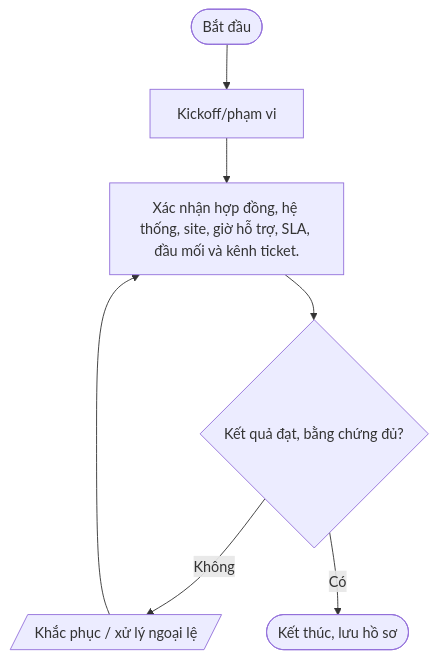
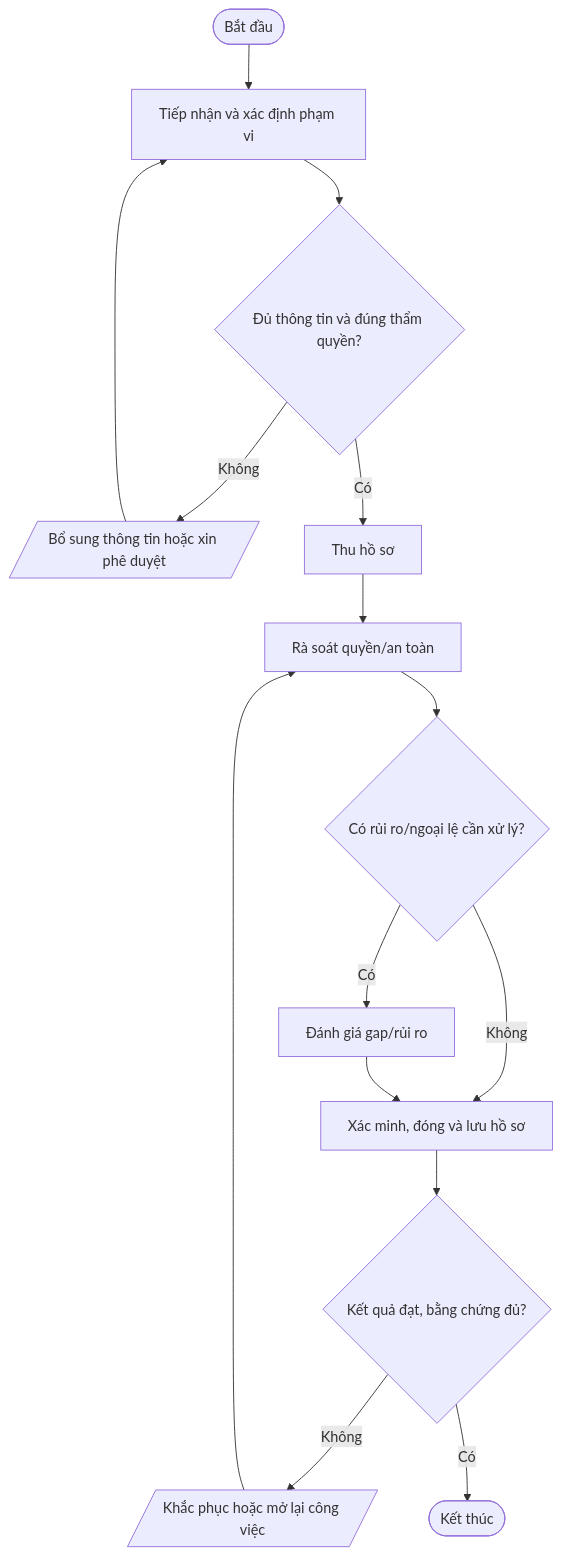
One commit to daoaigiangnam/Quy_Trinh_Chuan changed the fifth of 9 diagrams in quy-trinh/02-Van-hanh-IT/README.md. Above: the diagram before and after it, drawn with Mermaid. The commit also changed other lines of this file, not shown here.

Commit message:
docs: refine detailed procedure steps and Mermaid flowcharts

````diff
--- a/quy-trinh/02-Van-hanh-IT/README.md
+++ b/quy-trinh/02-Van-hanh-IT/README.md
@@ -332,11 +407,17 @@
 ```mermaid
 flowchart TD
-  A([Bắt đầu]) --> S1
-  S1["Kickoff/phạm vi"]
-  S2["Xác nhận hợp đồng, hệ thống, site, giờ hỗ trợ, SLA, đầu mối và kênh ticket."]
-  S1 --> S2
-  S2 --> D2{"Kết quả đạt, bằng chứng đủ?"}
-  D2 -- Không --> REWORK[/"Khắc phục / xử lý ngoại lệ"/]
-  REWORK --> S2
-  D2 -- Có --> Z([Kết thúc, lưu hồ sơ])
+  A([Bắt đầu]) --> S1["Tiếp nhận và xác định phạm vi"]
+  S1 --> D1{"Đủ thông tin và đúng thẩm quyền?"}
+  D1 -- Không --> F1[/"Bổ sung thông tin hoặc xin phê duyệt"/]
+  F1 --> S1
+  D1 -- Có --> S2["Thu hồ sơ"]
+  S2 --> S3["Rà soát quyền/an toàn"]
+  S3 --> D2{"Có rủi ro/ngoại lệ cần xử lý?"}
+  D2 -- Có --> S4["Đánh giá gap/rủi ro"]
+  D2 -- Không --> S5["Xác minh, đóng và lưu hồ sơ"]
+  S4 --> S5
+  S5 --> D3{"Kết quả đạt, bằng chứng đủ?"}
+  D3 -- Không --> R[/"Khắc phục hoặc mở lại công việc"/]
+  R --> S3
+  D3 -- Có --> Z([Kết thúc])
 ```
````
